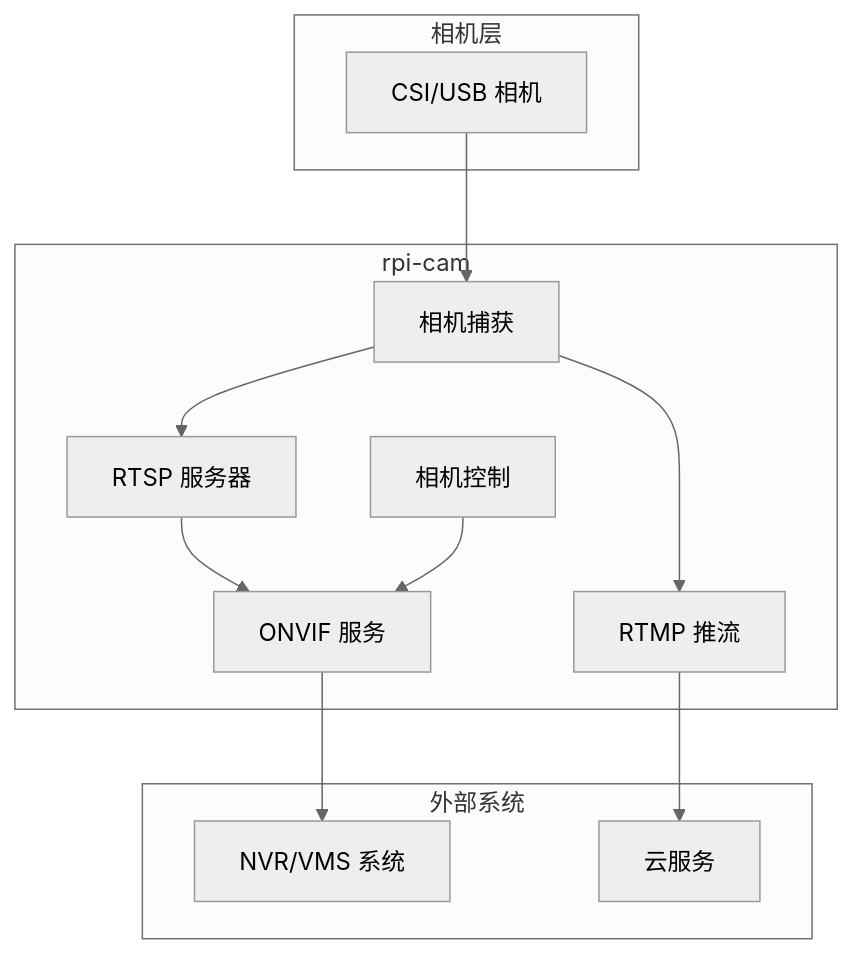
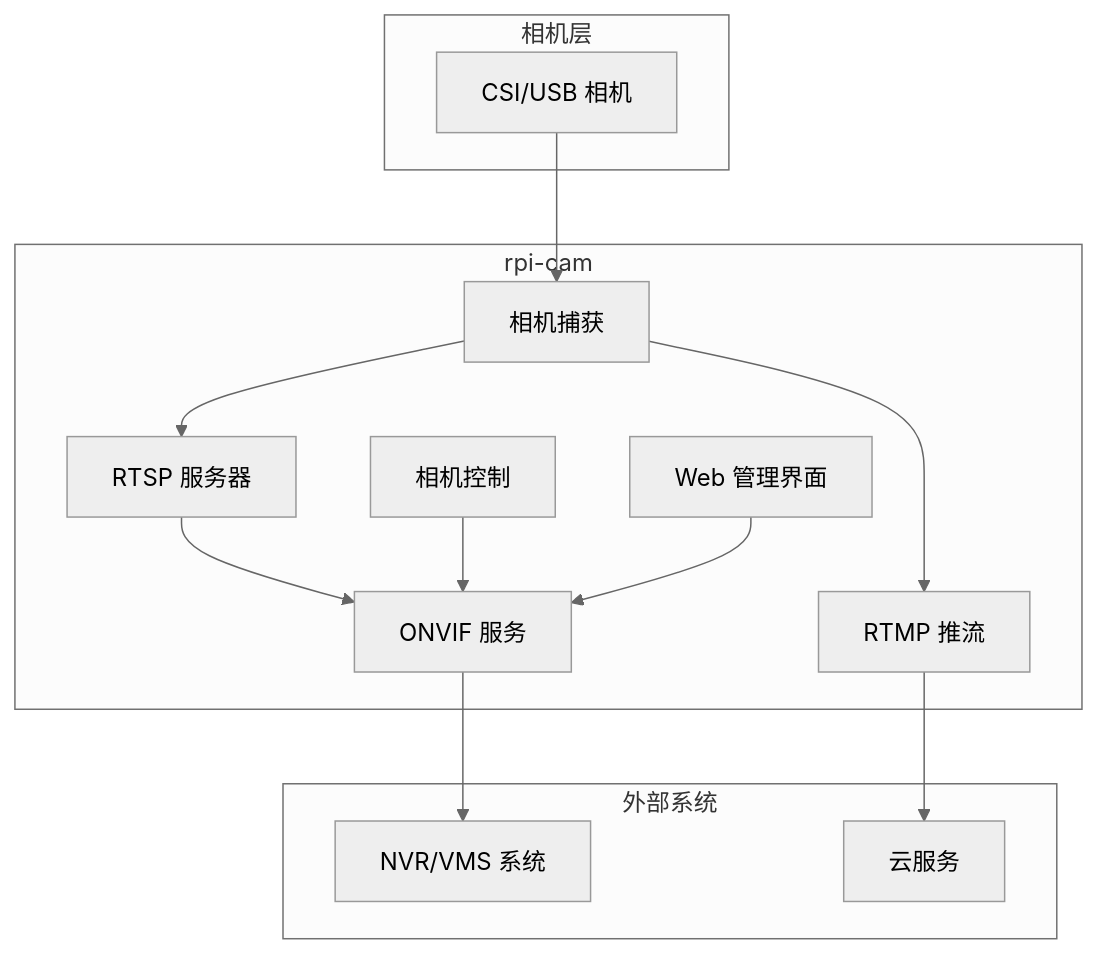
The diagram in README.md (Mi-Bee-Studio/raspberrypi-camera), drawn with Mermaid (neutral theme) before and after one commit. The commit also changed other lines of this file and 6 other files, not shown here.

````diff
--- a/README.md
+++ b/README.md
@@ -95,27 +112,29 @@
 ```mermaid
 flowchart TB
     subgraph 相机层
         CAM["CSI/USB 相机"]
     end
 
     subgraph rpi-cam
         CAP["相机捕获"]
         RTSP["RTSP 服务器"]
         ONVIF["ONVIF 服务"]
         RTMP["RTMP 推流"]
         CTRL["相机控制"]
+        WEBUI["Web 管理界面"]
     end
 
     subgraph 外部系统
         NVR["NVR/VMS 系统"]
         CLOUD["云服务"]
     end
 
     CAM --> CAP
     CAP --> RTSP
     CAP --> RTMP
     RTSP --> ONVIF
     CTRL --> ONVIF
+    WEBUI --> ONVIF
     ONVIF --> NVR
     RTMP --> CLOUD
 ```
````
